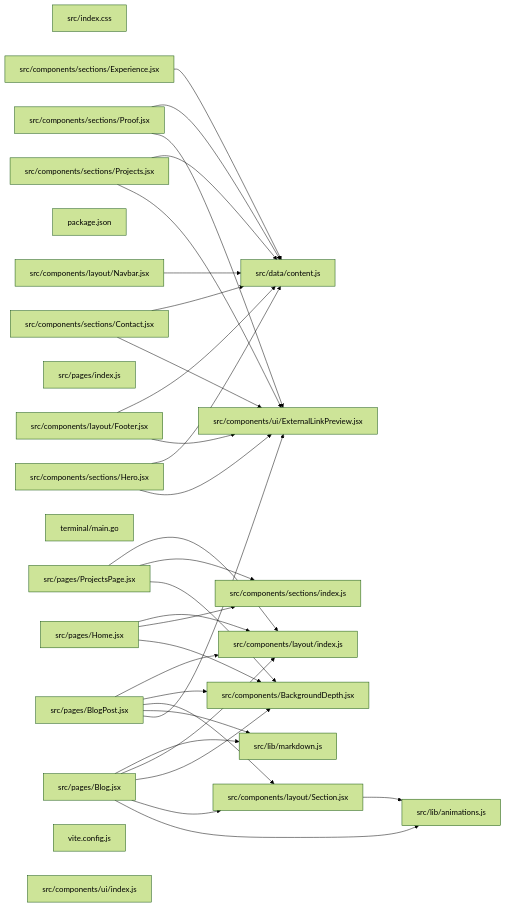
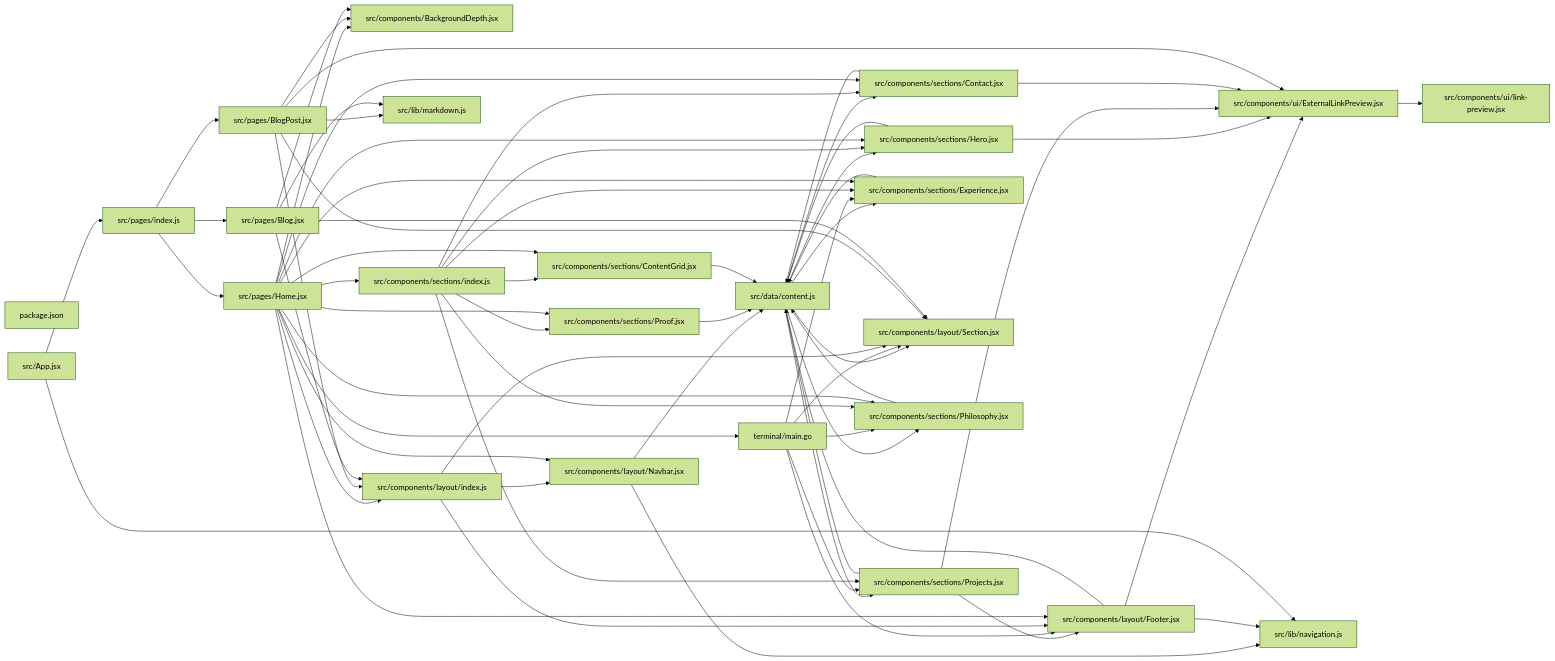
One commit to hey-granth/granth changed the diagram in CONTEXT.md. Above: the diagram before and after it, drawn with Mermaid (forest theme). The commit also changed other lines of this file and 14 other files, not shown here.

First line of the commit message:
feat(portfolio): redesign stack section and update routing architecture

````diff
--- a/CONTEXT.md
+++ b/CONTEXT.md
@@ -252,57 +443,92 @@
 ```mermaid
 graph LR
     f0["src/data/content.js"]
-    f1["src/index.css"]
-    f2["src/components/layout/Navbar.jsx"]
+    f1["src/components/layout/Navbar.jsx"]
+    f2["src/components/layout/Footer.jsx"]
     f3["src/components/sections/Hero.jsx"]
-    f4["src/components/ui/ExternalLinkPreview.jsx"]
-    f5["src/components/BackgroundDepth.jsx"]
-    f6["src/components/layout/Footer.jsx"]
-    f7["src/components/layout/index.js"]
-    f8["src/components/sections/index.js"]
-    f9["package.json"]
-    f10["src/lib/animations.js"]
-    f11["src/components/sections/Contact.jsx"]
-    f12["src/components/sections/Projects.jsx"]
-    f13["src/lib/markdown.js"]
-    f14["src/pages/index.js"]
-    f15["src/components/sections/Proof.jsx"]
-    f16["src/pages/BlogPost.jsx"]
-    f17["src/components/layout/Section.jsx"]
-    f18["terminal/main.go"]
-    f19["src/components/sections/Experience.jsx"]
-    f20["src/pages/Home.jsx"]
-    f21["src/pages/Blog.jsx"]
-    f22["src/pages/ProjectsPage.jsx"]
-    f23["vite.config.js"]
-    f24["src/components/ui/index.js"]
+    f4["src/components/sections/Projects.jsx"]
+    f5["src/components/sections/Contact.jsx"]
+    f6["terminal/main.go"]
+    f7["src/components/sections/Experience.jsx"]
+    f8["src/components/layout/Section.jsx"]
+    f9["src/components/sections/Proof.jsx"]
+    f10["src/components/BackgroundDepth.jsx"]
+    f11["src/components/layout/index.js"]
+    f12["src/components/sections/Philosophy.jsx"]
+    f13["src/components/sections/index.js"]
+    f14["src/components/ui/ExternalLinkPreview.jsx"]
+    f15["package.json"]
+    f16["src/pages/Home.jsx"]
+    f17["src/lib/navigation.js"]
+    f18["src/pages/index.js"]
+    f19["src/pages/BlogPost.jsx"]
+    f20["src/lib/markdown.js"]
+    f21["src/components/sections/ContentGrid.jsx"]
+    f22["src/App.jsx"]
+    f23["src/pages/Blog.jsx"]
+    f24["src/components/ui/link-preview.jsx"]
+    f0 --> f8
+    f0 --> f4
+    f0 --> f12
+    f0 --> f3
+    f0 --> f7
+    f0 --> f5
+    f1 --> f17
+    f1 --> f0
+    f2 --> f14
+    f2 --> f17
     f2 --> f0
-    f3 --> f4
+    f3 --> f14
     f3 --> f0
+    f4 --> f2
+    f4 --> f14
+    f4 --> f0
+    f5 --> f14
+    f5 --> f0
+    f6 --> f8
     f6 --> f4
-    f6 --> f0
-    f11 --> f4
-    f11 --> f0
-    f12 --> f4
+    f6 --> f12
+    f6 --> f2
+    f6 --> f7
+    f7 --> f0
+    f9 --> f0
+    f11 --> f8
+    f11 --> f1
+    f11 --> f2
     f12 --> f0
-    f15 --> f4
-    f15 --> f0
-    f16 --> f4
+    f13 --> f9
+    f13 --> f4
+    f13 --> f12
+    f13 --> f3
+    f13 --> f7
+    f13 --> f21
+    f13 --> f5
+    f14 --> f24
+    f16 --> f6
+    f16 --> f9
+    f16 --> f12
+    f16 --> f1
+    f16 --> f3
+    f16 --> f2
+    f16 --> f7
+    f16 --> f21
+    f16 --> f5
+    f16 --> f10
     f16 --> f13
-    f16 --> f17
-    f16 --> f5
-    f16 --> f7
-    f17 --> f10
-    f19 --> f0
-    f20 --> f5
-    f20 --> f8
-    f20 --> f7
-    f21 --> f10
-    f21 --> f17
-    f21 --> f5
-    f21 --> f7
-    f21 --> f13
-    f22 --> f5
-    f22 --> f8
-    f22 --> f7
+    f16 --> f11
+    f18 --> f16
+    f18 --> f19
+    f18 --> f23
+    f19 --> f14
+    f19 --> f20
+    f19 --> f8
+    f19 --> f10
+    f19 --> f11
+    f21 --> f0
+    f22 --> f17
+    f22 --> f18
+    f23 --> f8
+    f23 --> f10
+    f23 --> f11
+    f23 --> f20
 ```
````
